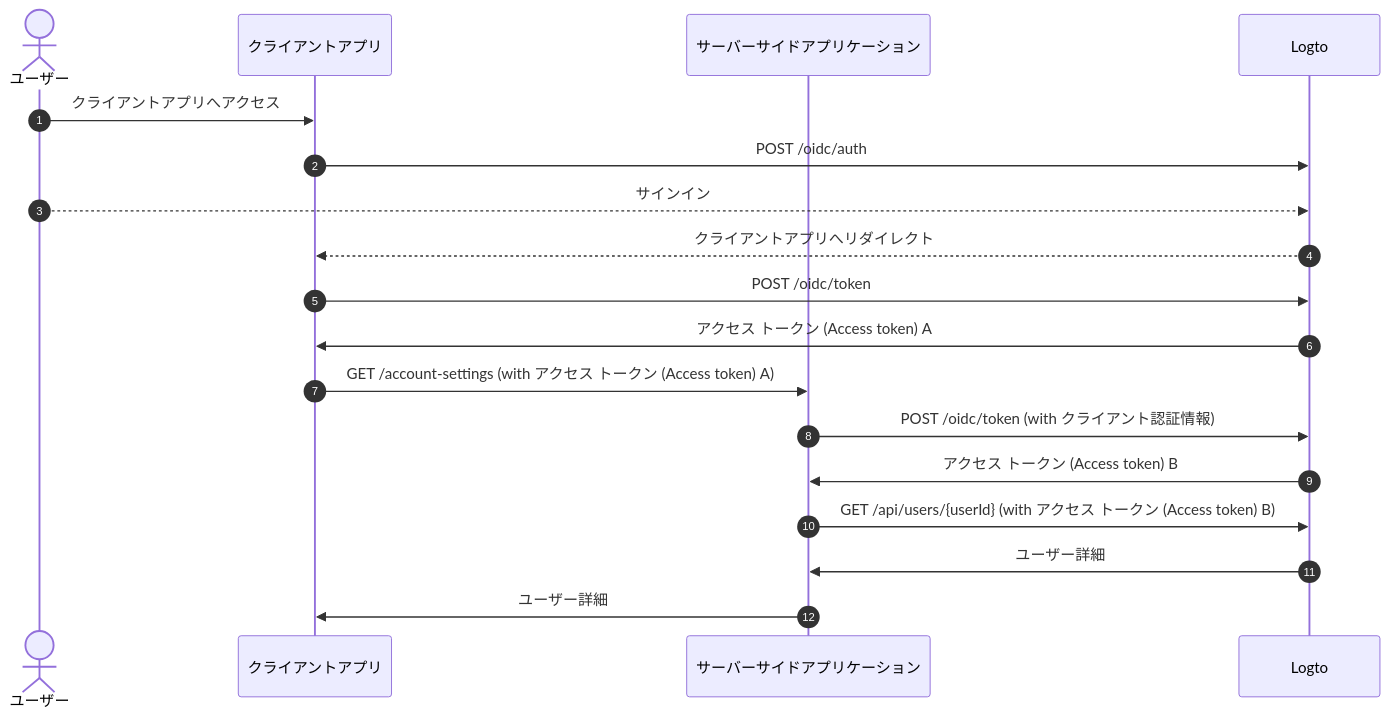
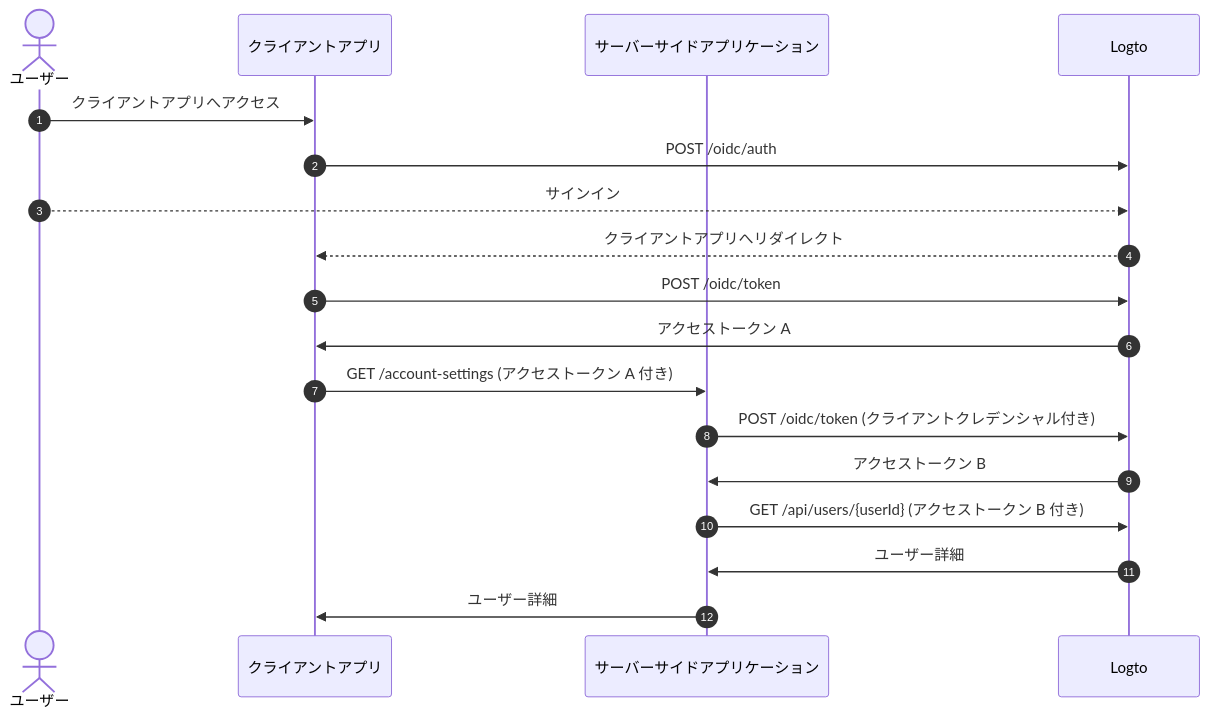
The second of 3 diagrams in i18n/ja/docusaurus-plugin-content-docs/current/end-user-flows/account-settings/by-management-api.mdx (logto-io/docs), drawn with Mermaid before and after one commit. The commit also changed other lines of this file and 74 other files, not shown here.

````diff
--- a/i18n/ja/docusaurus-plugin-content-docs/current/end-user-flows/account-settings/by-management-api.mdx
+++ b/i18n/ja/docusaurus-plugin-content-docs/current/end-user-flows/account-settings/by-management-api.mdx
@@ -27,21 +27,21 @@
 ```mermaid
   sequenceDiagram
     autonumber
     actor User as ユーザー
     participant Client as クライアントアプリ
     participant Server as サーバーサイドアプリケーション
     participant Logto as Logto
 
     User ->> Client: クライアントアプリへアクセス
     Client ->> Logto: POST /oidc/auth
     User -->> Logto: サインイン
     Logto -->> Client: クライアントアプリへリダイレクト
     Client ->> Logto: POST /oidc/token
-    Logto ->> Client: アクセス トークン (Access token) A
-    Client ->> Server: GET /account-settings (with アクセス トークン (Access token) A)
-    Server ->> Logto: POST /oidc/token (with クライアント認証情報)
-    Logto ->> Server: アクセス トークン (Access token) B
-    Server ->> Logto: GET /api/users/{userId} (with アクセス トークン (Access token) B)
+    Logto ->> Client: アクセストークン A
+    Client ->> Server: GET /account-settings (アクセストークン A 付き)
+    Server ->> Logto: POST /oidc/token (クライアントクレデンシャル付き)
+    Logto ->> Server: アクセストークン B
+    Server ->> Logto: GET /api/users/{userId} (アクセストークン B 付き)
     Logto ->> Server: ユーザー詳細
     Server ->> Client: ユーザー詳細
 ```
````
